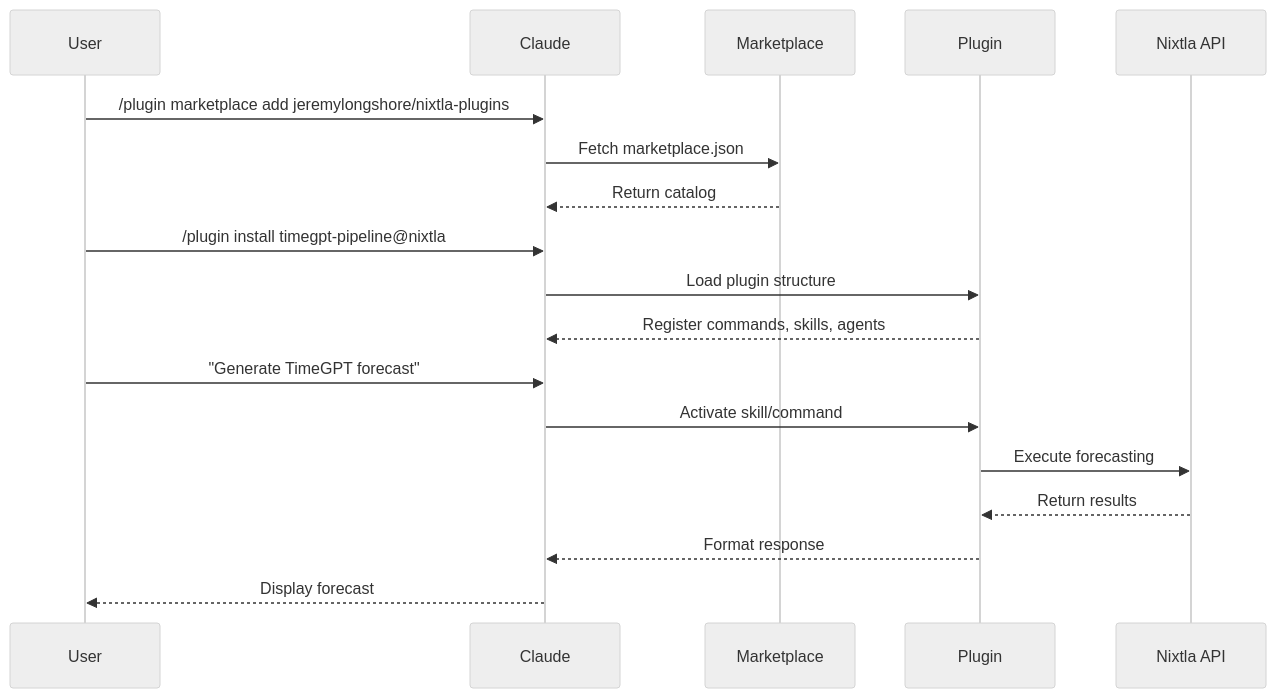
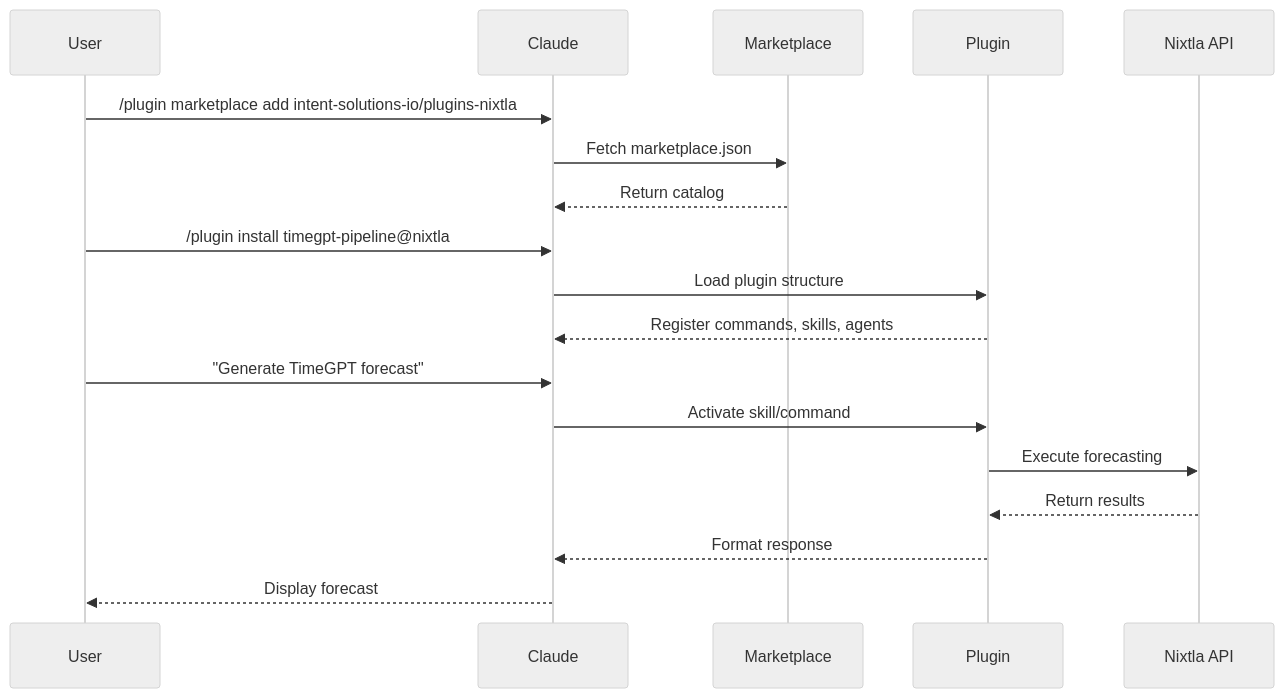
One commit to intent-solutions-io/plugins-nixtla changed the diagram in 000-docs/archive/009-AT-ARCH-nixtla-plugin-marketplace-architecture.md. Above: the diagram before and after it, drawn with Mermaid (neutral theme). The commit also changed other lines of this file and 80 other files, not shown here.

````diff
--- a/000-docs/archive/009-AT-ARCH-nixtla-plugin-marketplace-architecture.md
+++ b/000-docs/archive/009-AT-ARCH-nixtla-plugin-marketplace-architecture.md
@@ -57,23 +57,23 @@
 ```mermaid
 sequenceDiagram
     participant User
     participant Claude
     participant Marketplace
     participant Plugin
     participant Nixtla API
 
-    User->>Claude: /plugin marketplace add jeremylongshore/nixtla-plugins
+    User->>Claude: /plugin marketplace add intent-solutions-io/plugins-nixtla
     Claude->>Marketplace: Fetch marketplace.json
     Marketplace-->>Claude: Return catalog
 
     User->>Claude: /plugin install timegpt-pipeline@nixtla
     Claude->>Plugin: Load plugin structure
     Plugin-->>Claude: Register commands, skills, agents
 
     User->>Claude: "Generate TimeGPT forecast"
     Claude->>Plugin: Activate skill/command
     Plugin->>Nixtla API: Execute forecasting
     Nixtla API-->>Plugin: Return results
     Plugin-->>Claude: Format response
     Claude-->>User: Display forecast
 ```
````
